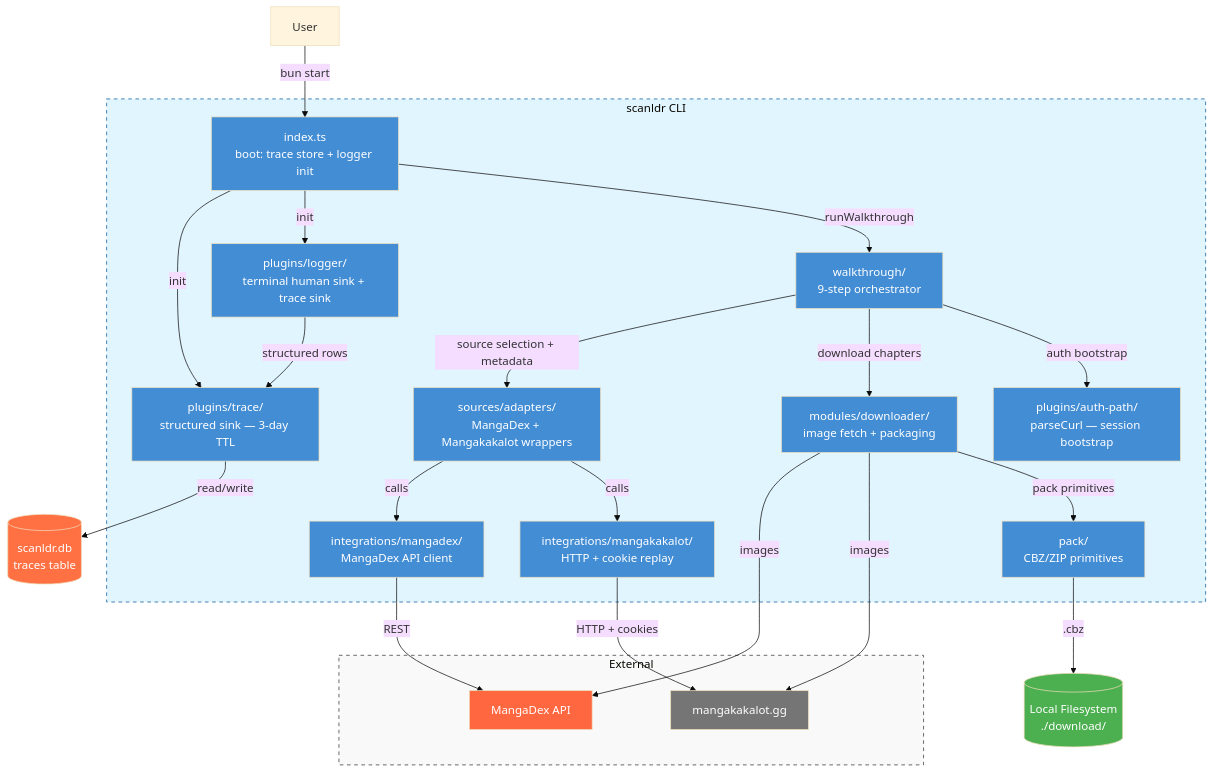
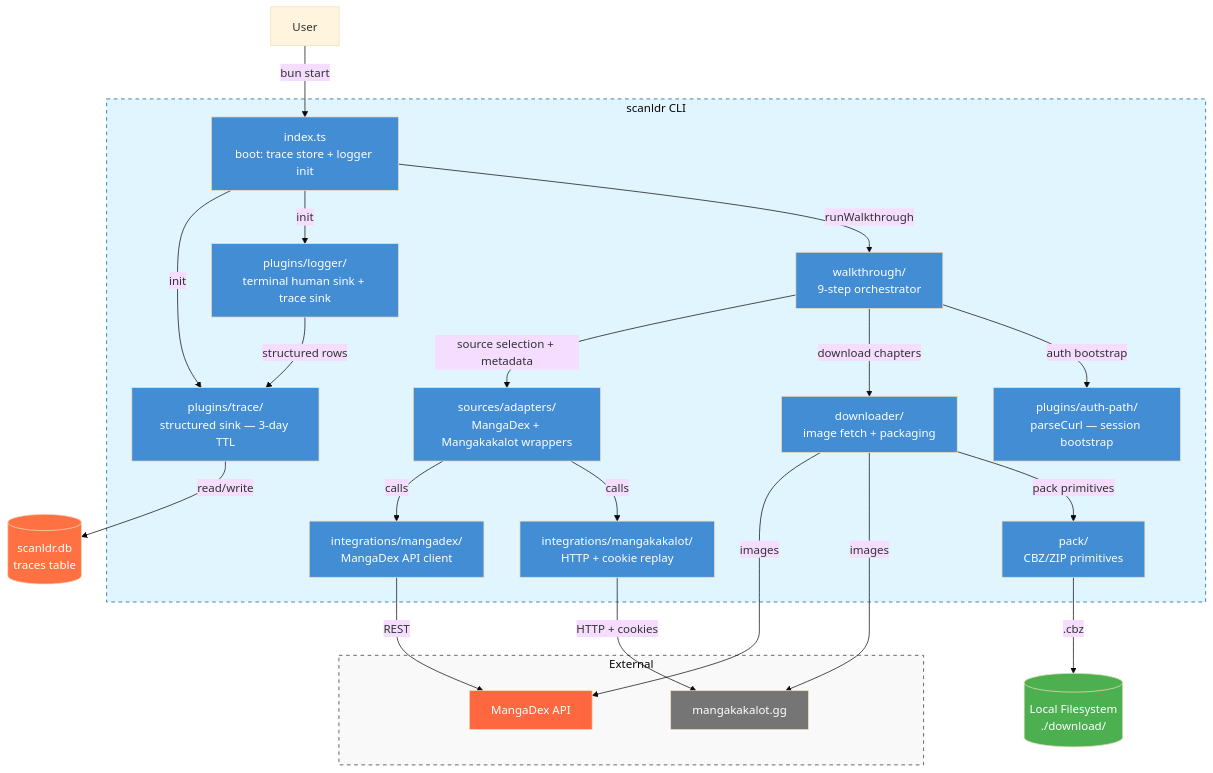
The second of 2 diagrams in docs/architecture_c4.md (malaquiasdev/scanldr), drawn with Mermaid (base theme) before and after one commit. The commit also changed 23 other files, not shown here.

````diff
--- a/docs/architecture_c4.md
+++ b/docs/architecture_c4.md
@@ -35,63 +35,63 @@
 ```mermaid
 graph TD
     User[User]
 
     subgraph scanldr [scanldr CLI]
         Index[index.ts<br/>boot: trace store + logger init]
         Walkthrough[walkthrough/<br/>9-step orchestrator]
         SourceAdapters[sources/adapters/<br/>MangaDex + Mangakakalot wrappers]
         MangaDexClient[integrations/mangadex/<br/>MangaDex API client]
         MangakakalotClient[integrations/mangakakalot/<br/>HTTP + cookie replay]
-        Downloader[modules/downloader/<br/>image fetch + packaging]
+        Downloader[downloader/<br/>image fetch + packaging]
         Pack[pack/<br/>CBZ/ZIP primitives]
         TraceStore[plugins/trace/<br/>structured sink — 3-day TTL]
         Logger[plugins/logger/<br/>terminal human sink + trace sink]
         AuthPath[plugins/auth-path/<br/>parseCurl — session bootstrap]
     end
 
     subgraph External
         MangaDex[MangaDex API]
         FallbackSite[mangakakalot.gg]
     end
 
     DB[(scanldr.db<br/>traces table)]
     FS[(Local Filesystem<br/>./download/)]
 
     User -->|bun start| Index
     Index -->|init| TraceStore
     Index -->|init| Logger
     Index -->|runWalkthrough| Walkthrough
 
     Walkthrough -->|source selection + metadata| SourceAdapters
     SourceAdapters -->|calls| MangaDexClient
     SourceAdapters -->|calls| MangakakalotClient
     MangaDexClient -->|REST| MangaDex
     MangakakalotClient -->|HTTP + cookies| FallbackSite
 
     Walkthrough -->|download chapters| Downloader
     Downloader -->|images| MangaDex
     Downloader -->|images| FallbackSite
     Downloader -->|pack primitives| Pack
     Pack -->|.cbz| FS
 
     Walkthrough -->|auth bootstrap| AuthPath
     Logger -->|structured rows| TraceStore
     TraceStore -->|read/write| DB
 
     style scanldr fill:#e1f5fe,stroke:#01579b,stroke-dasharray: 5 5
     style External fill:#f9f9f9,stroke:#333,stroke-dasharray: 5 5
     style Index fill:#438dd5,color:#fff
     style Walkthrough fill:#438dd5,color:#fff
     style SourceAdapters fill:#438dd5,color:#fff
     style MangaDexClient fill:#438dd5,color:#fff
     style MangakakalotClient fill:#438dd5,color:#fff
     style Downloader fill:#438dd5,color:#fff
     style Pack fill:#438dd5,color:#fff
     style TraceStore fill:#438dd5,color:#fff
     style Logger fill:#438dd5,color:#fff
     style AuthPath fill:#438dd5,color:#fff
     style MangaDex fill:#ff6740,color:#fff
     style FallbackSite fill:#757575,color:#fff
     style DB fill:#ff7043,color:#fff
     style FS fill:#4caf50,color:#fff
 ```
````
